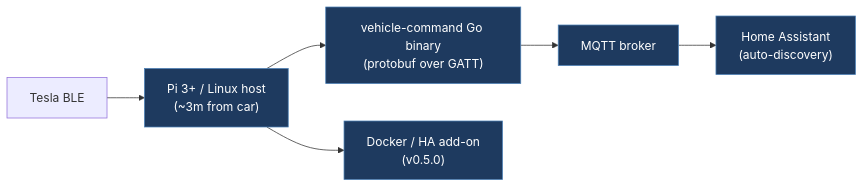
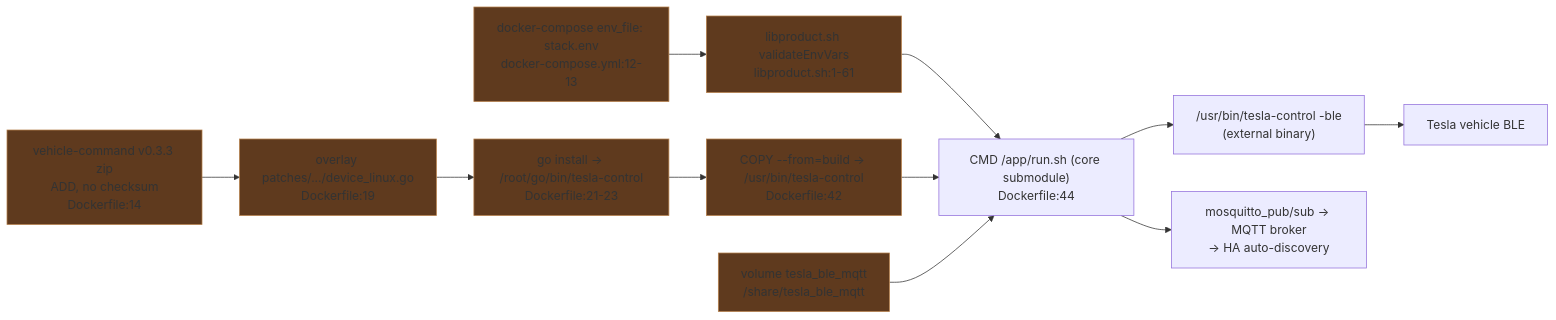
Before and after one commit to babico/TeslaCANModder: the first of 2 diagrams in docs/legacy/tesla-local-control-tesla-ble-mqtt-docker.md, drawn with Mermaid. The commit also changed other lines of this file and 99 other files, not shown here.

````diff
--- a/docs/legacy/tesla-local-control-tesla-ble-mqtt-docker.md
+++ b/docs/legacy/tesla-local-control-tesla-ble-mqtt-docker.md
@@ -19,10 +81,15 @@
 ```mermaid
 flowchart LR
-    Tesla["Tesla BLE"] --> Host["Pi 3+ / Linux host<br/>(~3m from car)"]
-    Host --> VC["vehicle-command Go binary<br/>(protobuf over GATT)"]
-    VC --> MQTT["MQTT broker"]
-    MQTT --> HA["Home Assistant<br/>(auto-discovery)"]
-    Host --> Docker["Docker / HA add-on<br/>(v0.5.0)"]
-    classDef path fill:#1e3a5f,stroke:#4a7fb5,color:#fff
-    class Host,VC,MQTT,HA,Docker path
+    ZIP["vehicle-command v0.3.3 zip<br/>ADD, no checksum<br/>Dockerfile:14"] --> PATCH["overlay patches/.../device_linux.go<br/>Dockerfile:19"]
+    PATCH --> GO["go install -> /root/go/bin/tesla-control<br/>Dockerfile:21-23"]
+    GO --> BIN["COPY --from=build -> /usr/bin/tesla-control<br/>Dockerfile:42"]
+    ENV["docker-compose env_file: stack.env<br/>docker-compose.yml:12-13"] --> VAL["libproduct.sh validateEnvVars<br/>libproduct.sh:1-61"]
+    VAL --> RUN["CMD /app/run.sh (core submodule)<br/>Dockerfile:44"]
+    BIN --> RUN
+    VOL["volume tesla_ble_mqtt<br/>/share/tesla_ble_mqtt"] --> RUN
+    RUN --> TC["/usr/bin/tesla-control -ble<br/>(external binary)"]
+    TC --> CAR["Tesla vehicle BLE"]
+    RUN --> MQTT["mosquitto_pub/sub -> MQTT broker<br/>-> HA auto-discovery"]
+    classDef wrapper fill:#5f3a1e,stroke:#b57f4a
+    class ZIP,PATCH,GO,BIN,ENV,VAL,VOL wrapper
 ```
````
